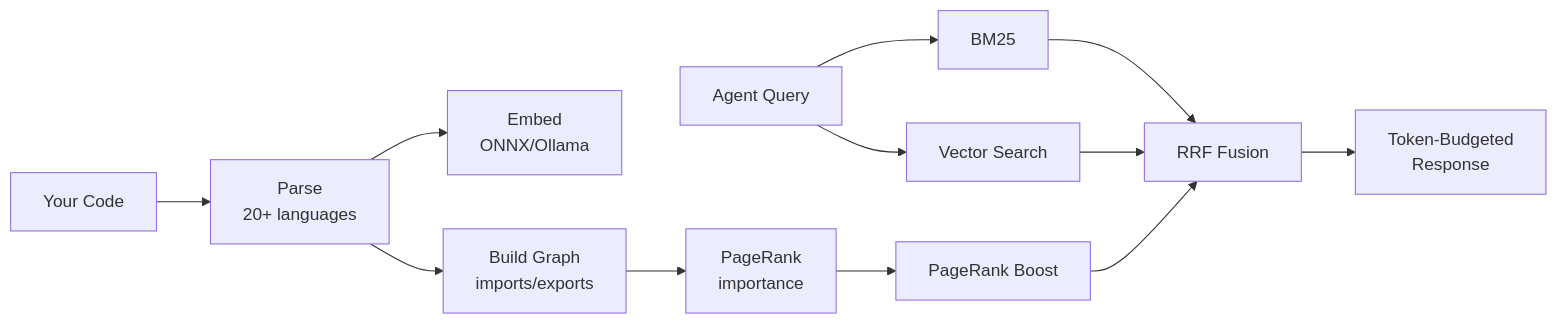
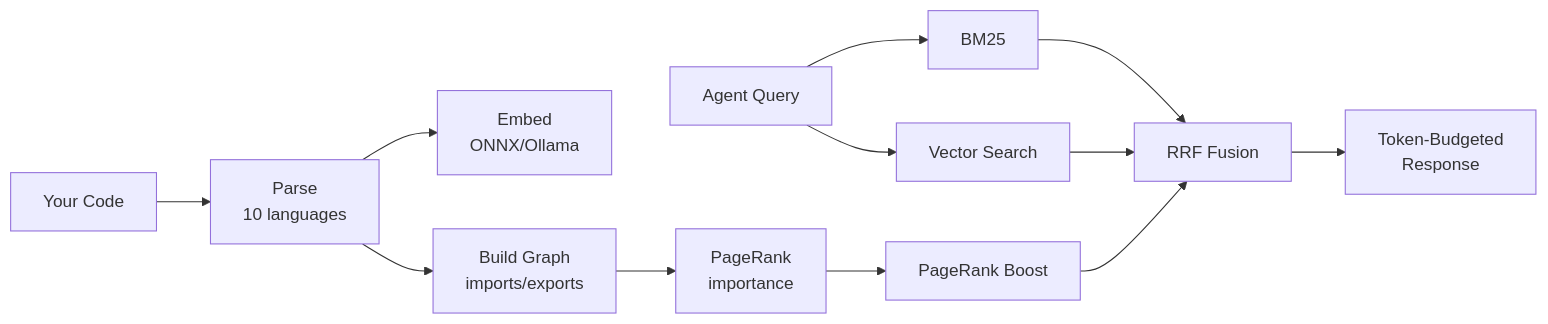
The diagram in README.md (sverklo/sverklo), drawn with Mermaid before and after one commit. The commit also changed other lines of this file, not shown here.

````diff
--- a/README.md
+++ b/README.md
@@ -190,15 +144,15 @@
 ```mermaid
 graph LR
-    A[Your Code] --> B[Parse<br/>20+ languages]
+    A[Your Code] --> B[Parse<br/>10 languages]
     B --> C[Embed<br/>ONNX/Ollama]
     B --> D[Build Graph<br/>imports/exports]
     D --> E[PageRank<br/>importance]
     
     F[Agent Query] --> G[BM25]
     F --> H[Vector Search]
     E --> I[PageRank Boost]
     G --> J[RRF Fusion]
     H --> J
     I --> J
     J --> K[Token-Budgeted<br/>Response]
 ```
````
